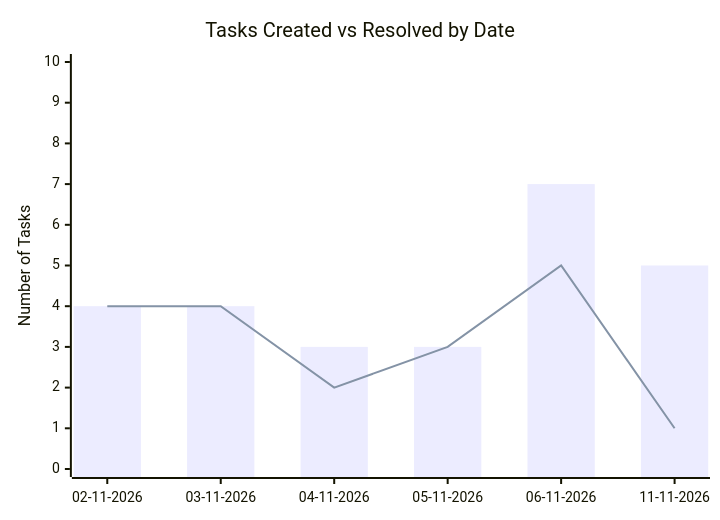
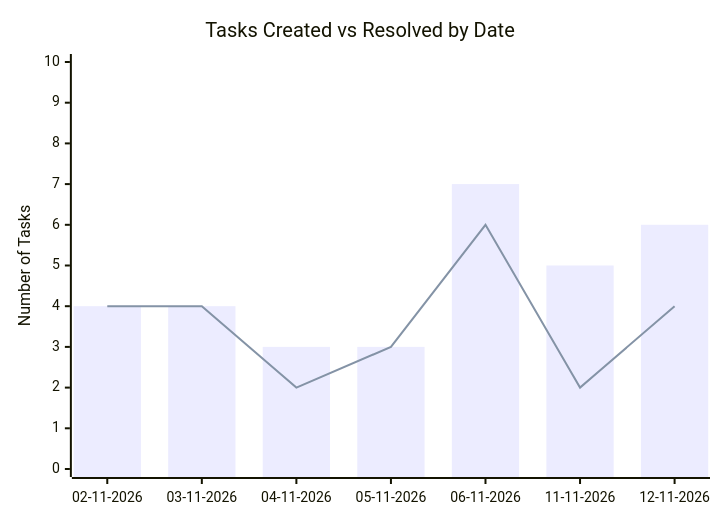
The second of 2 diagrams in Sanchay/Analytics.md (sagarms97/MyWorkDairy), drawn with Mermaid before and after one commit. The commit also changed other lines of this file and 6 other files, not shown here.

````diff
--- a/Sanchay/Analytics.md
+++ b/Sanchay/Analytics.md
@@ -29,8 +30,8 @@
 ```mermaid
 xychart-beta
     title "Tasks Created vs Resolved by Date"
-    x-axis ["02-11-2026", "03-11-2026", "04-11-2026", "05-11-2026", "06-11-2026", "11-11-2026"]
+    x-axis ["02-11-2026", "03-11-2026", "04-11-2026", "05-11-2026", "06-11-2026", "11-11-2026", "12-11-2026"]
     y-axis "Number of Tasks" 0 --> 10
-    bar [4, 4, 3, 3, 7, 5]
-    line [4, 4, 2, 3, 5, 1]
+    bar [4, 4, 3, 3, 7, 5, 6]
+    line [4, 4, 2, 3, 6, 2, 4]
 ```
````
